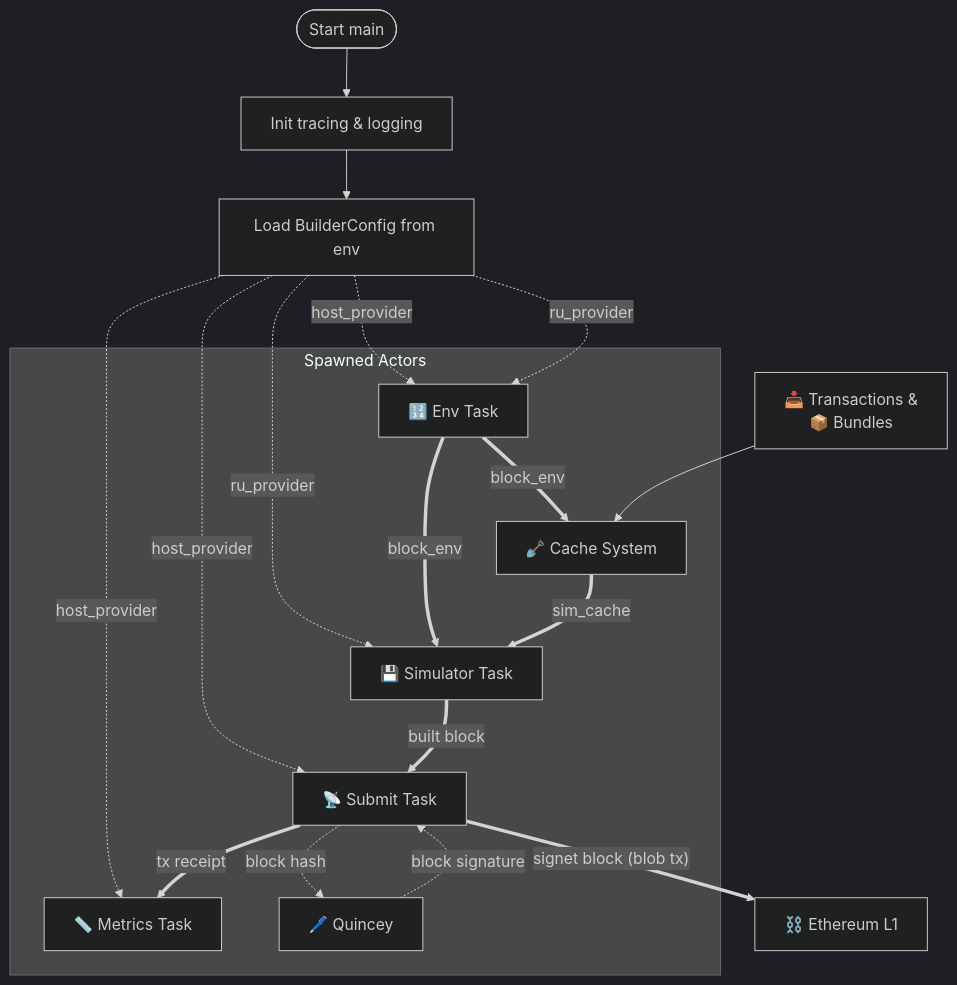
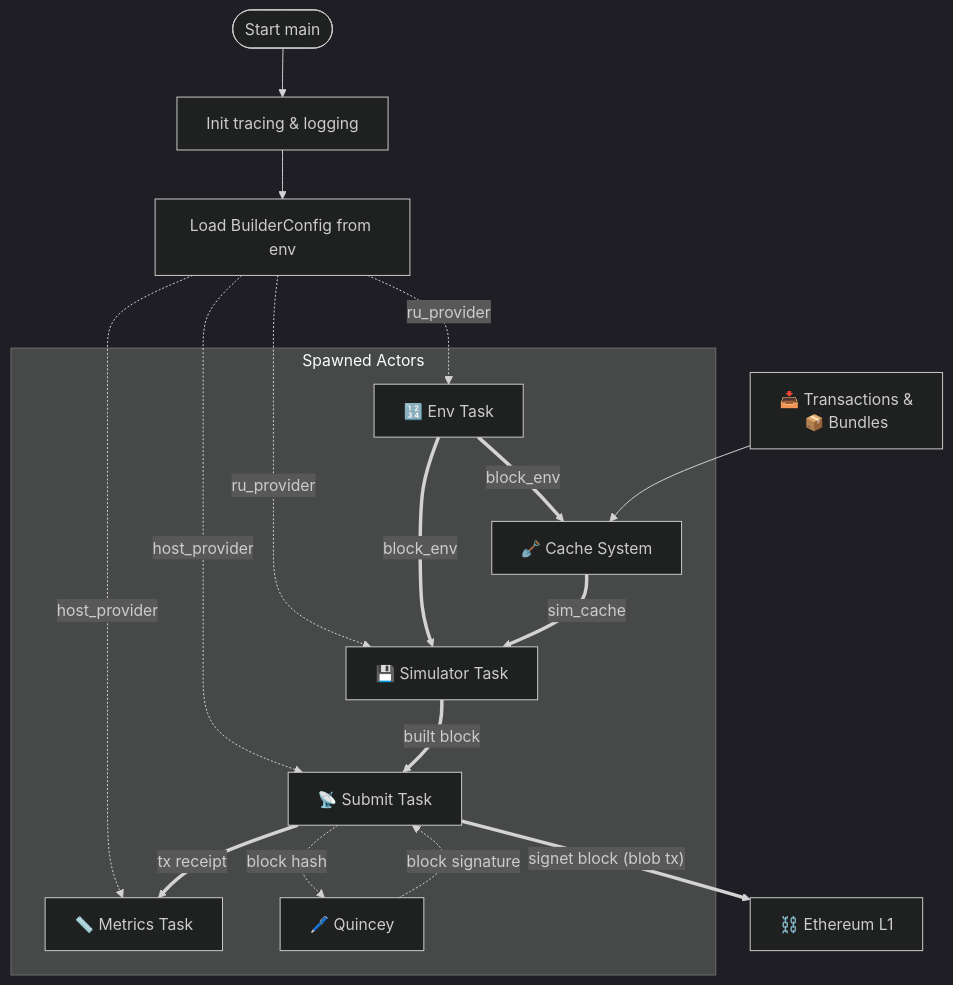
The diagram in README.md (init4tech/builder), drawn with Mermaid before and after one commit.

Commit message:
removes host_provider from env task

````diff
--- a/README.md
+++ b/README.md
@@ -19,37 +19,36 @@
 ```mermaid
 %%{ init : { "theme" : "dark" } }%%
 flowchart TD
     %% ────────────── INITIALIZATION ──────────────
     A0(["Start main"]) --> A1[Init tracing & logging]
     A1 --> A2_BuilderConfig[Load BuilderConfig from env]
     
     %% ────────────── CORE TASK SPAWNS ──────────────
     subgraph Tasks_Spawned["Spawned Actors"]
         EnvTaskActor["🔢 Env Task"] ==block_env==> CacheSystem
         CacheSystem["🪏 Cache System"]
         MetricsTaskActor["📏 Metrics Task"]
         SubmitTaskActor["📡 Submit Task "]
         SimulatorTaskActor["💾 Simulator Task"]
         Quincey["🖊️ Quincey"]
 
         SubmitTaskActor -.block hash.-> Quincey
         Quincey -.block signature.-> SubmitTaskActor
     end
 
     %% ────────────── CONNECTIONS & DATA FLOW ──────────────
     A2_BuilderConfig -.host_provider.-> MetricsTaskActor
     A2_BuilderConfig -.host_provider.->SubmitTaskActor
     A2_BuilderConfig -.ru_provider.-> SimulatorTaskActor
-    A2_BuilderConfig -.host_provider.-> EnvTaskActor
     A2_BuilderConfig -.ru_provider.-> EnvTaskActor
 
     A3["📥 Transactions &
     📦 Bundles"] --> CacheSystem
 
     EnvTaskActor ==block_env==> SimulatorTaskActor
     CacheSystem ==sim_cache ==> SimulatorTaskActor
     SubmitTaskActor ==tx receipt==> MetricsTaskActor
     SimulatorTaskActor ==built block==> SubmitTaskActor
 
     SubmitTaskActor ==>|"signet block (blob tx)"| C1["⛓️ Ethereum L1"]
 ```
````
